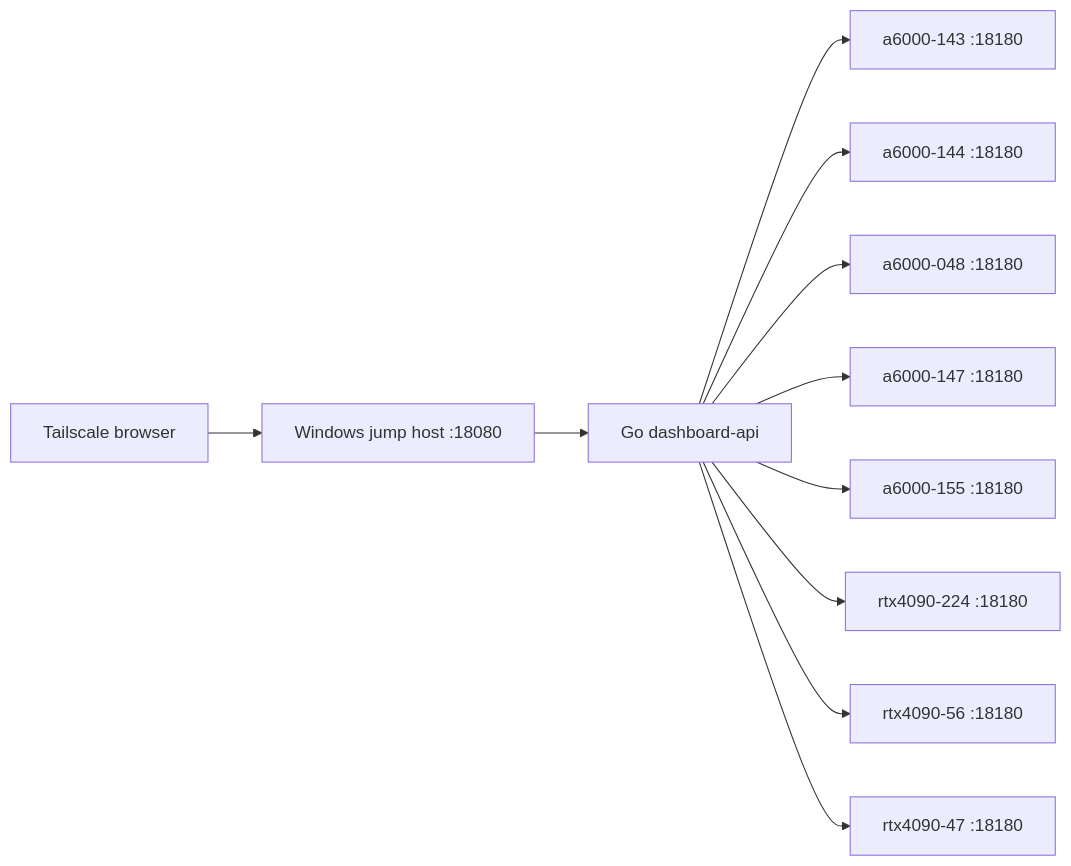
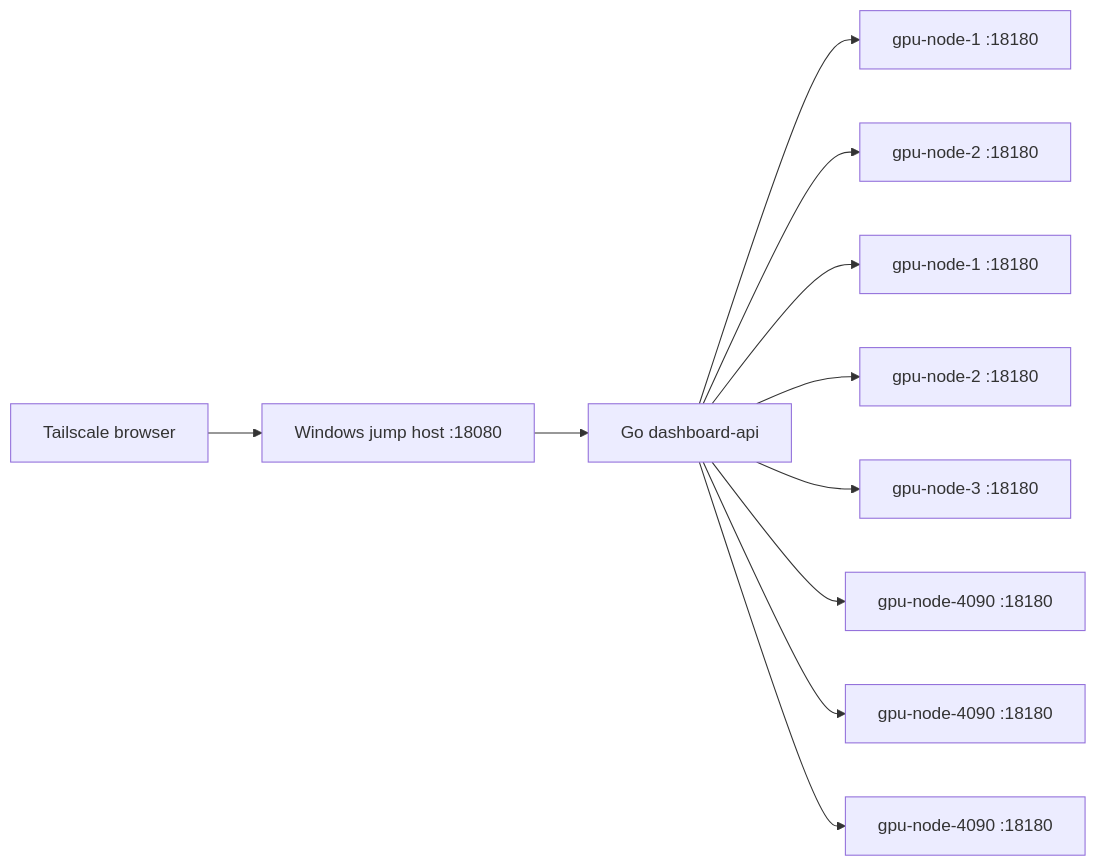
The diagram in README.md (magnum-qin/lab-sever-manager), drawn with Mermaid before and after one commit. The commit also changed other lines of this file and 9 other files, not shown here.

````diff
--- a/README.md
+++ b/README.md
@@ -105,13 +105,13 @@
 ```mermaid
 flowchart LR
   Browser["Tailscale browser"] --> Jump["Windows jump host :18080"]
   Jump --> API["Go dashboard-api"]
-  API --> A143["a6000-143 :18180"]
-  API --> A144["a6000-144 :18180"]
-  API --> A048["a6000-048 :18180"]
-  API --> A147["a6000-147 :18180"]
-  API --> A155["a6000-155 :18180"]
-  API --> R224["rtx4090-224 :18180"]
-  API --> R56["rtx4090-56 :18180"]
-  API --> R47["rtx4090-47 :18180"]
+  API --> A143["gpu-node-1 :18180"]
+  API --> A144["gpu-node-2 :18180"]
+  API --> A048["gpu-node-1 :18180"]
+  API --> A147["gpu-node-2 :18180"]
+  API --> A155["gpu-node-3 :18180"]
+  API --> R224["gpu-node-4090 :18180"]
+  API --> R56["gpu-node-4090 :18180"]
+  API --> R47["gpu-node-4090 :18180"]
 ```
````
